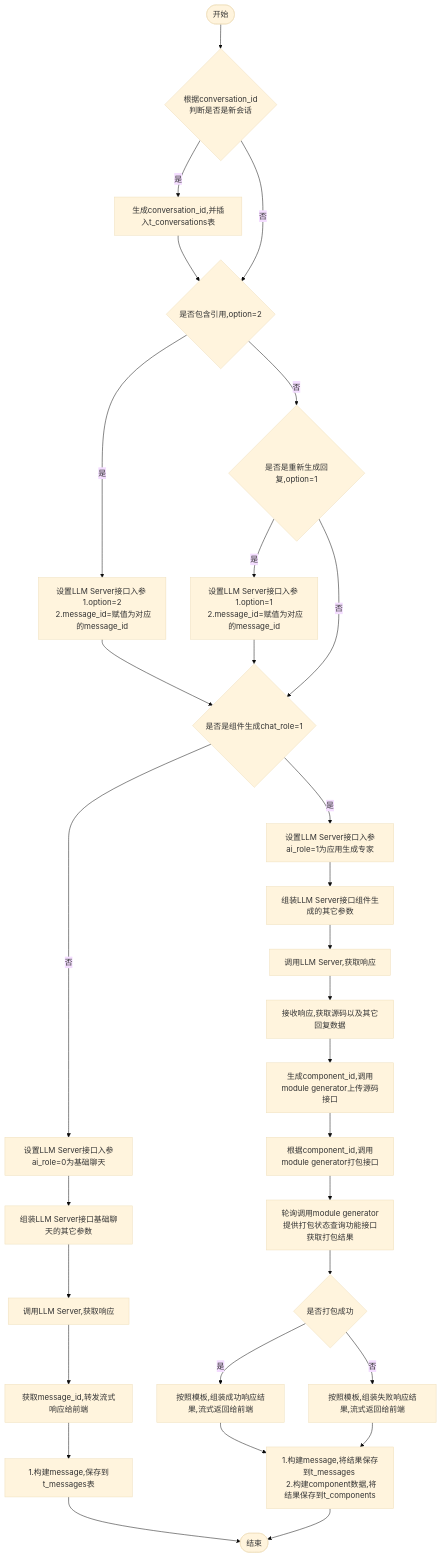
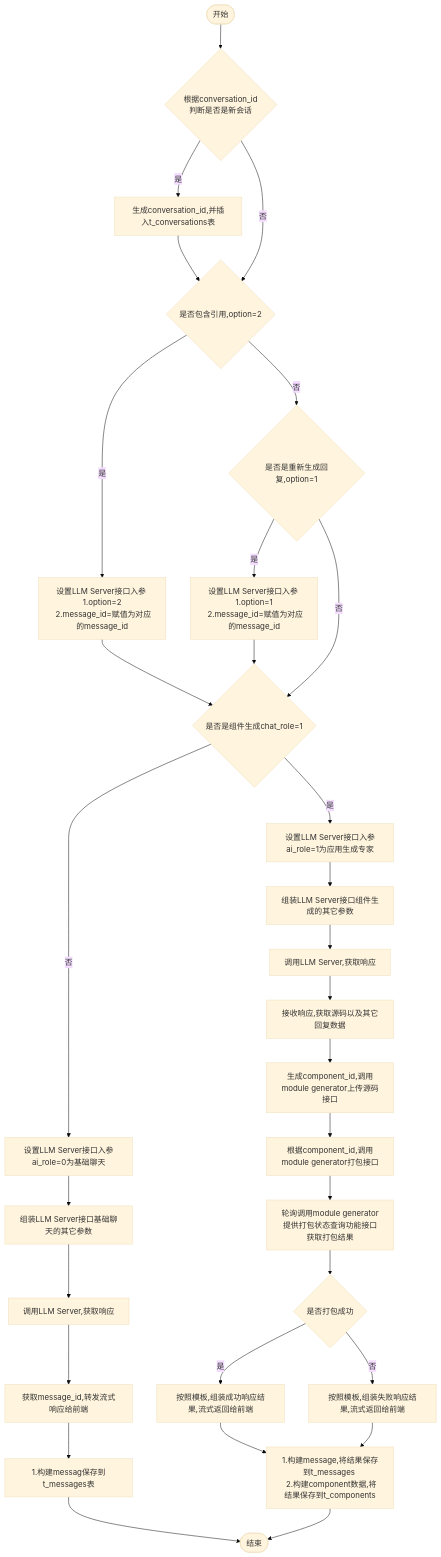
Before and after one commit to yingjianzh/iodraw-files: the diagram in all/w3-会话-不需要传递message.md, drawn with Mermaid (base theme).

Commit message:
2024-10-14 14:03:11 update

````diff
--- a/all/w3-会话-不需要传递message.md
+++ b/all/w3-会话-不需要传递message.md
@@ -1,36 +1,36 @@
 ```mermaid
 flowchart TD
     A([开始]) --> B{根据conversation_id \n 判断是否是新会话}
     B -- 是 --> C[生成conversation_id,并插入t_conversations表]
     C --> D
     B -- 否 --> D{是否包含引用,option=2}
     D -- 是 --> E[设置LLM Server接口入参 \n 1.option=2 \n 2.message_id=赋值为对应的message_id]
     D -- 否 --> F{是否是重新生成回复,option=1}
     F -- 是 --> G[设置LLM Server接口入参 \n 1.option=1 \n 2.message_id=赋值为对应的message_id]
     F -- 否 --> I
      
     E & G --> I{是否是组件生成chat_role=1}
     I -- 否 --> K[设置LLM Server接口入参ai_role=0为基础聊天]
     I -- 是 --> J[设置LLM Server接口入参ai_role=1为应用生成专家]
     
 
     J --> L[组装LLM Server接口组件生成的其它参数]    
     K --> M[组装LLM Server接口基础聊天的其它参数]    
     M --> N[调用LLM Server,获取响应]    
     N --> O[获取message_id,转发流式响应给前端]
-    O --> P[1.构建message,保存到t_messages表]
+    O --> P[1.构建messag保存到t_messages表]
     P --> R([结束])
 
 
     L --> S[调用LLM Server,获取响应]
     S --> T[接收响应,获取源码以及其它回复数据]
     T --> U[生成component_id,调用module generator上传源码接口]
     U --> V[根据component_id,调用module generator打包接口]
     V --> W[轮询调用module generator提供打包状态查询功能接口获取打包结果]
     W --> X{是否打包成功}
     X -- 是 --> Y[按照模板,组装成功响应结果,流式返回给前端]
     X -- 否 --> Z[按照模板,组装失败响应结果,流式返回给前端]
 
     Y & Z --> Result[1.构建message,将结果保存到t_messages \n 2.构建component数据,将结果保存到t_components]
     Result --> R
 ```
````
